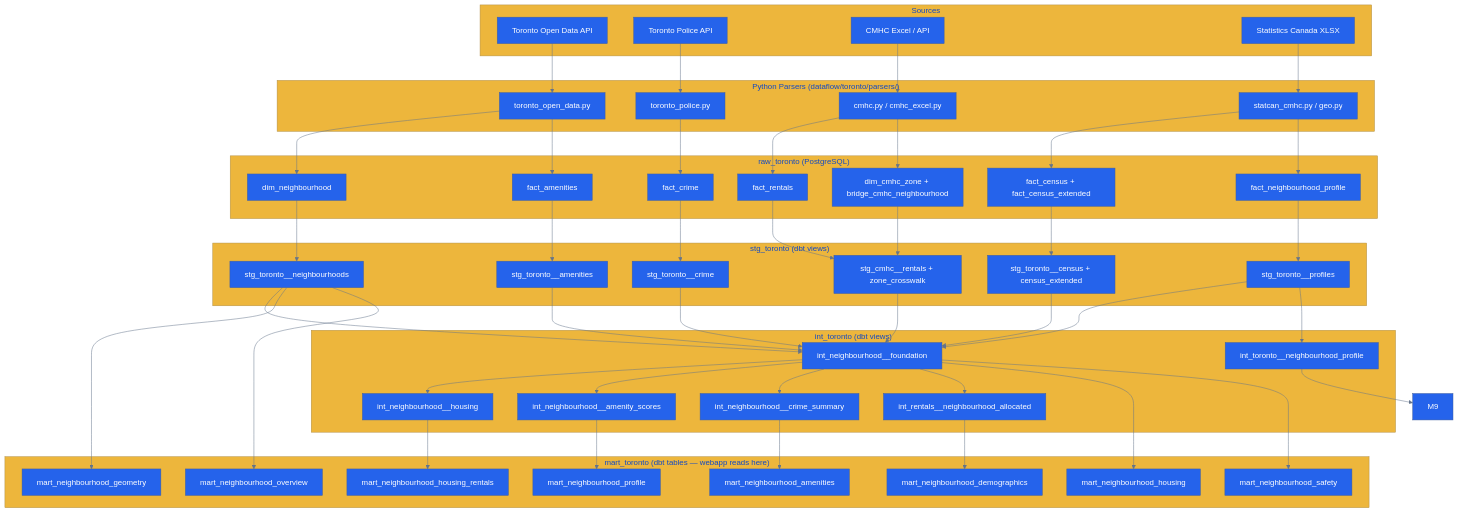
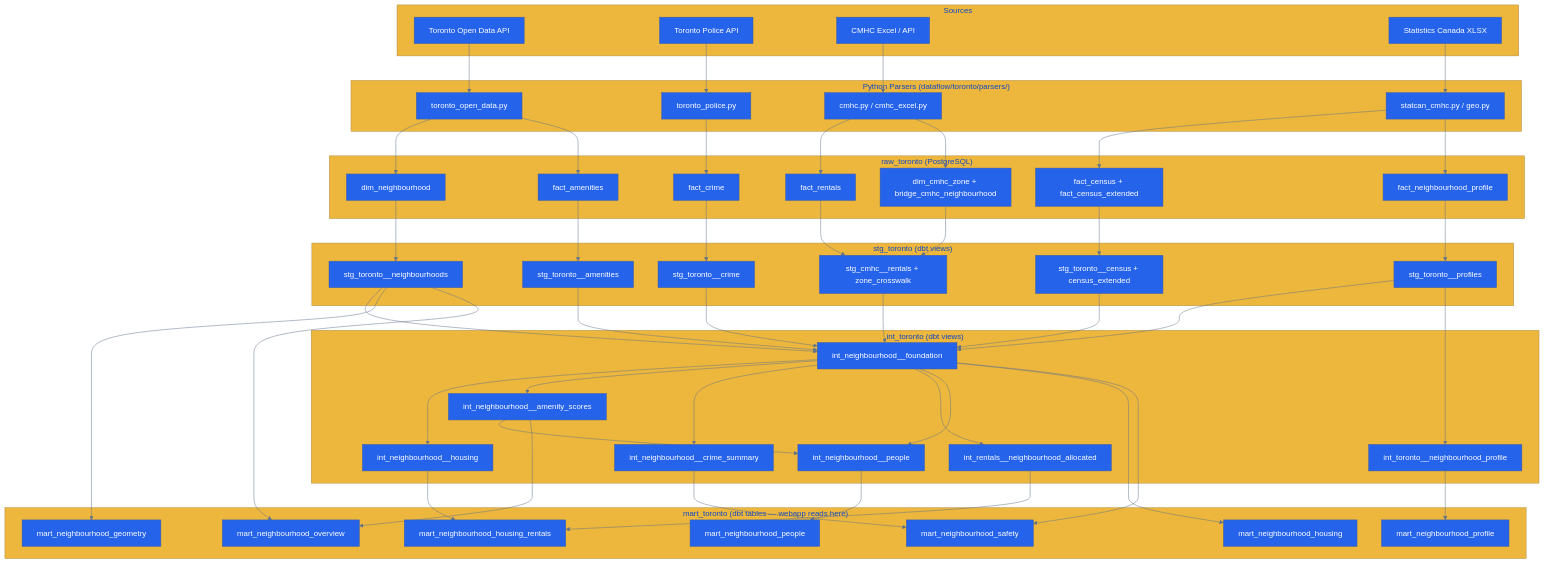
The diagram in docs/toronto/README.md (l3ocho/app-personal-portfolio-dataflow), drawn with Mermaid before and after one commit. The commit also changed other lines of this file and 2 other files, not shown here.

Commit message:
docs: update stale mart references after mart_neighbourhood_people migration
Remove all references to deleted mart_neighbourhood_demographics and
mart_neighbourhood_amenities from docs/toronto/README.md,
DATA_SOURCES.md, and IMPLEMENTATION_SUMMARY.md. Add
int_neighbourhood__people to the lineage diagram.

````diff
--- a/docs/toronto/README.md
+++ b/docs/toronto/README.md
@@ -42,80 +42,82 @@
 ```mermaid
 %%{init: {'theme': 'base', 'themeVariables': {'primaryColor': '#2563eb', 'primaryTextColor': '#fff', 'lineColor': '#64748b', 'secondaryColor': '#f1f5f9'}}}%%
 flowchart TD
     subgraph Sources
         S1[Toronto Open Data API]
         S2[Toronto Police API]
         S3[CMHC Excel / API]
         S4[Statistics Canada XLSX]
     end
 
     subgraph Parsers["Python Parsers (dataflow/toronto/parsers/)"]
         P1[toronto_open_data.py]
         P2[toronto_police.py]
         P3[cmhc.py / cmhc_excel.py]
         P4[statcan_cmhc.py / geo.py]
     end
 
     subgraph Raw["raw_toronto (PostgreSQL)"]
         R1[dim_neighbourhood]
         R2[fact_census + fact_census_extended]
         R3[fact_neighbourhood_profile]
         R4[fact_crime]
         R5[fact_amenities]
         R6[fact_rentals]
         R7[dim_cmhc_zone + bridge_cmhc_neighbourhood]
     end
 
     subgraph Staging["stg_toronto (dbt views)"]
         ST1[stg_toronto__neighbourhoods]
         ST2[stg_toronto__census + census_extended]
         ST3[stg_toronto__profiles]
         ST4[stg_toronto__crime]
         ST5[stg_toronto__amenities]
         ST6[stg_cmhc__rentals + zone_crosswalk]
     end
 
     subgraph Intermediate["int_toronto (dbt views)"]
         I1[int_neighbourhood__foundation]
         I2[int_neighbourhood__housing]
         I3[int_neighbourhood__amenity_scores]
         I4[int_neighbourhood__crime_summary]
         I5[int_rentals__neighbourhood_allocated]
         I6[int_toronto__neighbourhood_profile]
+        I7[int_neighbourhood__people]
     end
 
     subgraph Marts["mart_toronto (dbt tables — webapp reads here)"]
         M1[mart_neighbourhood_geometry]
         M2[mart_neighbourhood_overview]
         M3[mart_neighbourhood_housing]
         M4[mart_neighbourhood_housing_rentals]
-        M5[mart_neighbourhood_demographics]
+        M5[mart_neighbourhood_people]
         M6[mart_neighbourhood_safety]
-        M7[mart_neighbourhood_amenities]
         M8[mart_neighbourhood_profile]
     end
 
     S1 --> P1 --> R1 & R5
     S2 --> P2 --> R4
     S3 --> P3 --> R6 & R7
     S4 --> P4 --> R2 & R3
 
     R1 --> ST1
     R2 --> ST2
     R3 --> ST3
     R4 --> ST4
     R5 --> ST5
     R6 & R7 --> ST6
 
     ST1 & ST2 & ST3 & ST4 & ST5 & ST6 --> I1
-    I1 --> I2 & I3 & I4 & I5
+    I1 --> I2 & I3 & I4 & I5 & I7
+    I3 --> I7
     ST3 --> I6
 
     I1 --> M3 & M6
     I2 --> M4
-    I3 --> M8
-    I4 --> M7
-    I5 --> M5
-    I6 --> M9
+    I5 --> M4
+    I4 --> M6
+    I6 --> M8
+    I7 --> M5
     ST1 --> M1 & M2
+    I3 --> M2
 ```
````
